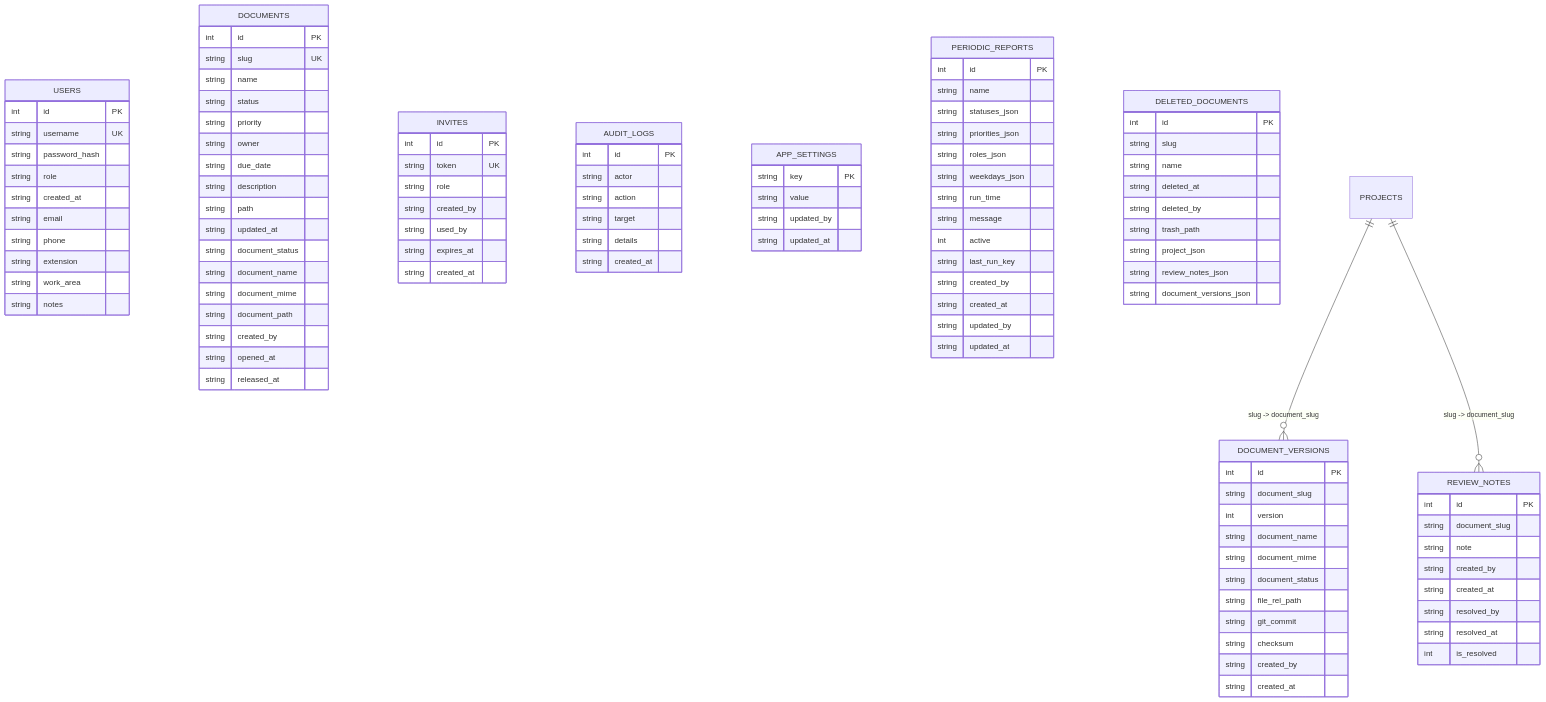
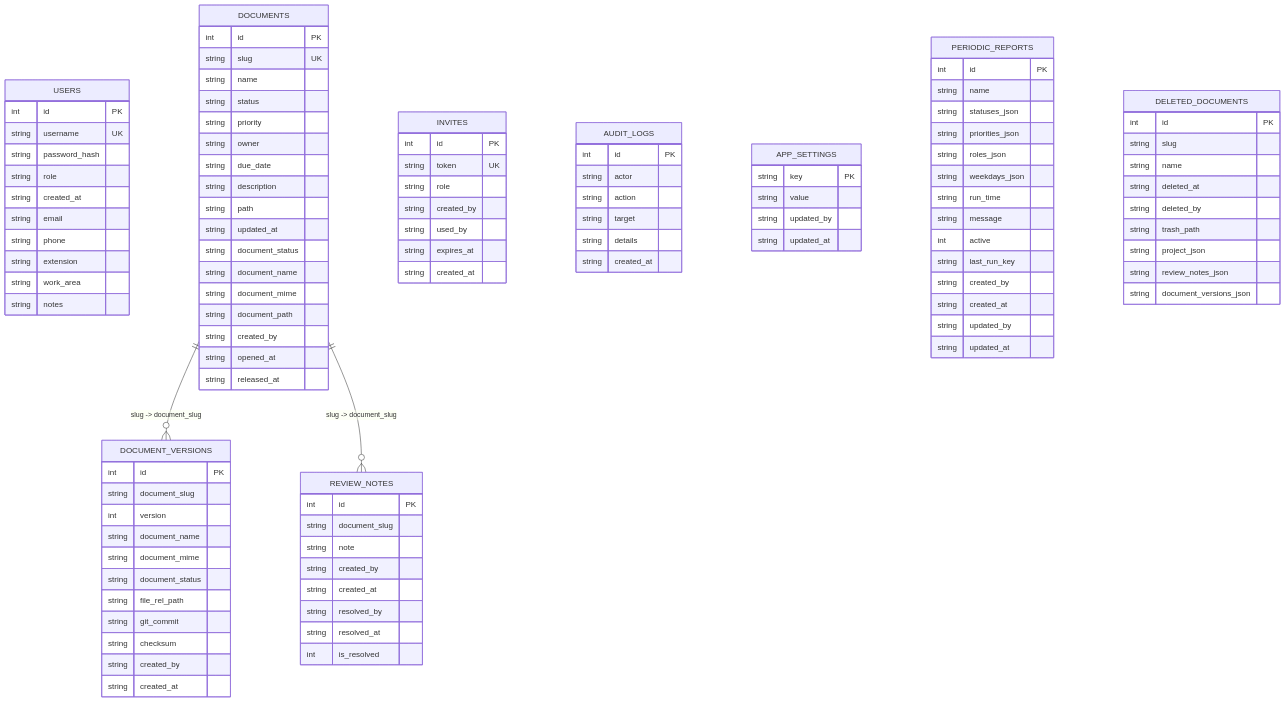
Before and after one commit to Vieirapa/ProjectDashboard: the first of 2 diagrams in docs/14-db-structure-and-module-mapping-3be2bc7.md, drawn with Mermaid. The commit also changed other lines of this file and 3 other files, not shown here.

Commit message:
docs: refresh README and docs for documents schema and current features

````diff
--- a/docs/14-db-structure-and-module-mapping-3be2bc7.md
+++ b/docs/14-db-structure-and-module-mapping-3be2bc7.md
@@ -304,6 +302,6 @@
         string document_versions_json
     }
 
-    PROJECTS ||--o{ DOCUMENT_VERSIONS : "slug -> document_slug"
-    PROJECTS ||--o{ REVIEW_NOTES : "slug -> document_slug"
+    DOCUMENTS ||--o{ DOCUMENT_VERSIONS : "slug -> document_slug"
+    DOCUMENTS ||--o{ REVIEW_NOTES : "slug -> document_slug"
 ```
````
